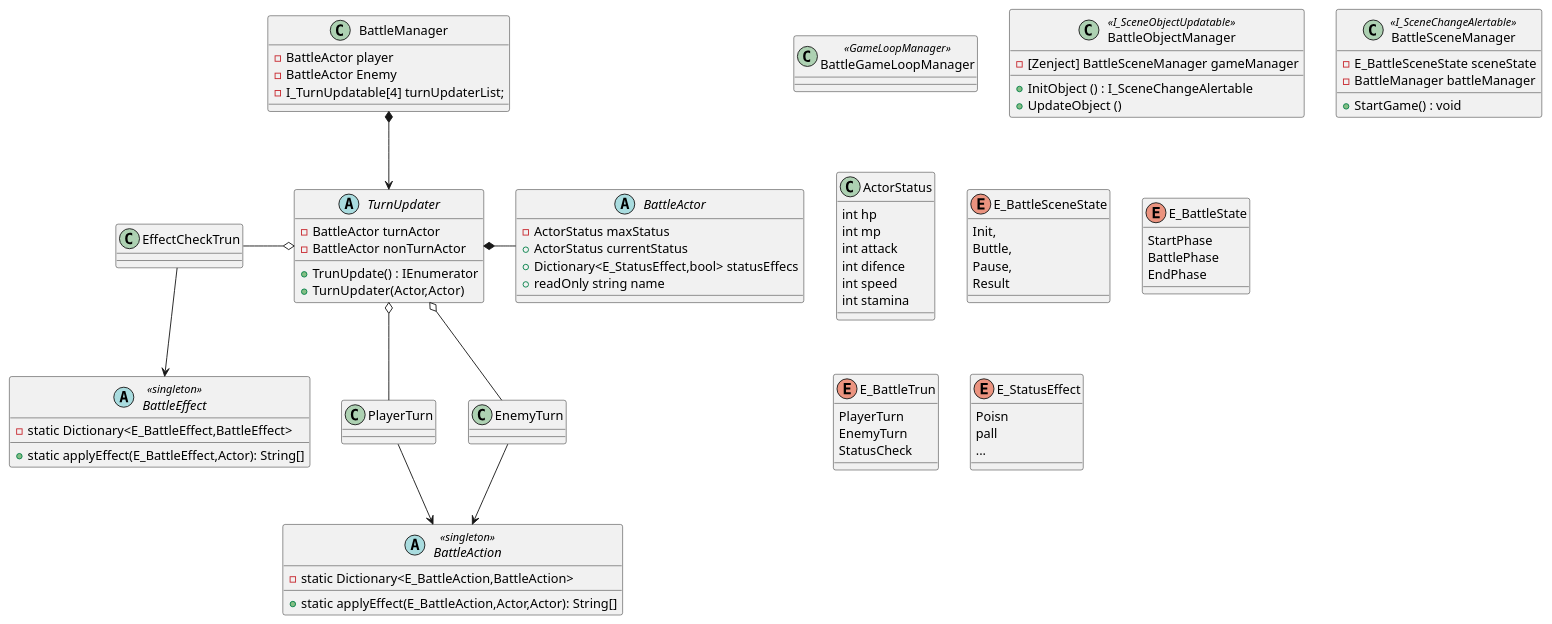
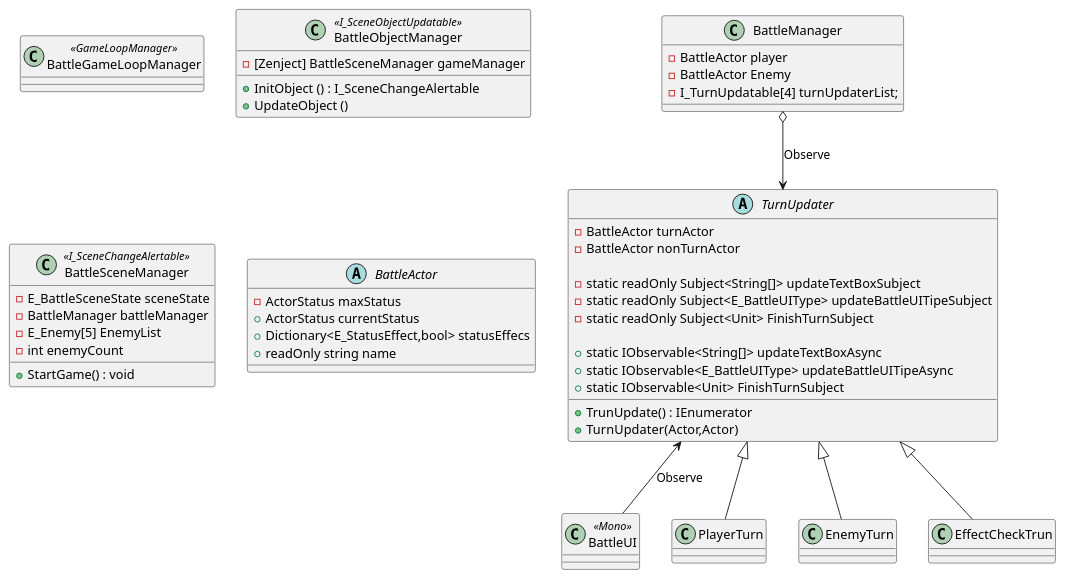
One commit to tezumozu/Unity1WeekGameJam_240318 changed the diagram in Unity1week_240318/Assets/UML/Battle/BattleClass.pu. Above: the diagram before and after it, drawn with PlantUML. The commit also changed 20 other files, not shown here.

Commit message:
Update Uml BattleScene

```diff
--- a/Unity1week_240318/Assets/UML/Battle/BattleClass.pu
+++ b/Unity1week_240318/Assets/UML/Battle/BattleClass.pu
@@ -1,108 +1,85 @@
 @startuml BattleClass
     class BattleGameLoopManager<<GameLoopManager>>{
 
     }
 
     class BattleObjectManager<<I_SceneObjectUpdatable>>{
         - [Zenject] BattleSceneManager gameManager
         + InitObject () : I_SceneChangeAlertable
         + UpdateObject ()
     }
 
     class BattleSceneManager<<I_SceneChangeAlertable>>{
         - E_BattleSceneState sceneState 
         - BattleManager battleManager
+        - E_Enemy[5] EnemyList
+        - int enemyCount
+
         + StartGame() : void
     }
 
     class BattleManager{
         - BattleActor player
         - BattleActor Enemy
         - I_TurnUpdatable[4] turnUpdaterList;
     }
 
     abstract BattleActor{
         - ActorStatus maxStatus
         + ActorStatus currentStatus
         + Dictionary<E_StatusEffect,bool> statusEffecs
         + readOnly string name
     }
 
-    abstract class BattleAction <<singleton>>{
-        + static applyEffect(E_BattleAction,Actor,Actor): String[]
-        - static Dictionary<E_BattleAction,BattleAction>
-    }
-
-    abstract class BattleEffect <<singleton>>{
-        + static applyEffect(E_BattleEffect,Actor): String[]
-        - static Dictionary<E_BattleEffect,BattleEffect>
-    }
-
-    class ActorStatus{
-        int hp
-        int mp
-        int attack
-        int difence
-        int speed
-        int stamina
-    }
-
     abstract class TurnUpdater{
         - BattleActor turnActor
         - BattleActor nonTurnActor
+
+        - static readOnly Subject<String[]> updateTextBoxSubject
+        - static readOnly Subject<E_BattleUIType> updateBattleUITipeSubject
+        - static readOnly Subject<Unit> FinishTurnSubject
+
+        + static IObservable<String[]> updateTextBoxAsync
+        + static IObservable<E_BattleUIType> updateBattleUITipeAsync
+        + static IObservable<Unit> FinishTurnSubject
+        
         + TrunUpdate() : IEnumerator
         + TurnUpdater(Actor,Actor)
     }
+
+
+    class BattleUI<<Mono>>{
+
+    }
+
+
 
     class PlayerTurn{
 
     }
 
     class EnemyTurn{
 
     }
 
     class EffectCheckTrun{
 
     }
 
+    BattleManager o--> TurnUpdater : Observe
 
-    enum E_BattleSceneState { 
-        Init,
-        Buttle,
-        Pause,
-        Result
+    TurnUpdater <|-- PlayerTurn
+    TurnUpdater <|-- EnemyTurn
+    TurnUpdater <|-- EffectCheckTrun
 
-    }
+    TurnUpdater <-- BattleUI : Observe
 
-    enum E_BattleState{
-        StartPhase
-        BattlePhase
-        EndPhase
-    }
 
-    enum E_BattleTrun{
-        PlayerTurn
-        EnemyTurn
-        StatusCheck
-    }
 
-    enum E_StatusEffect{
-        Poisn
-        pall
-        ...
-    }
 
-    TurnUpdater *-right- BattleActor
-    BattleManager *--> TurnUpdater
-    TurnUpdater o-- PlayerTurn
-    TurnUpdater o-- EnemyTurn
-    TurnUpdater o-left- EffectCheckTrun
-    PlayerTurn --> BattleAction
-    EnemyTurn --> BattleAction
-    EffectCheckTrun --> BattleEffect
+    
 
     
 
 
 @enduml
```
